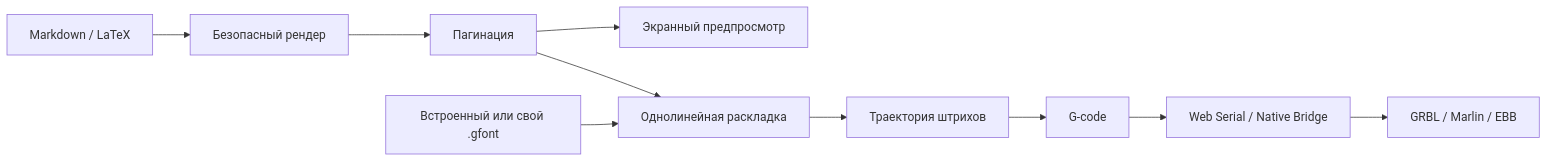
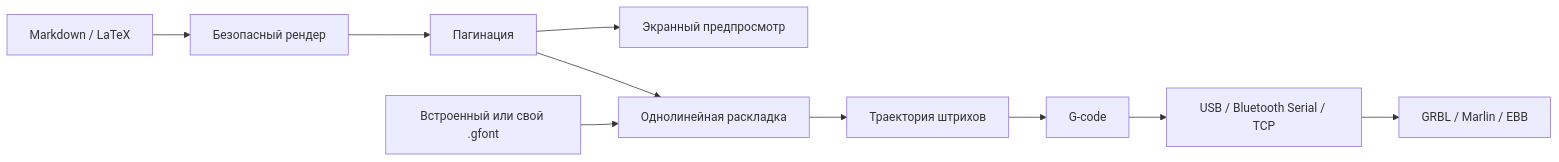
Before and after one commit to ReNothingg/OpenHand: the diagram in README.md, drawn with Mermaid. The commit also changed other lines of this file and 62 other files, not shown here.

````diff
--- a/README.md
+++ b/README.md
@@ -140,12 +144,12 @@
 ```mermaid
 flowchart LR
     A["Markdown / LaTeX"] --> B["Безопасный рендер"]
     B --> C["Пагинация"]
     C --> D["Экранный предпросмотр"]
     C --> E["Однолинейная раскладка"]
     F["Встроенный или свой .gfont"] --> E
     E --> G["Траектория штрихов"]
     G --> H["G-code"]
-    H --> I["Web Serial / Native Bridge"]
+    H --> I["USB / Bluetooth Serial / TCP"]
     I --> J["GRBL / Marlin / EBB"]
 ```
````
